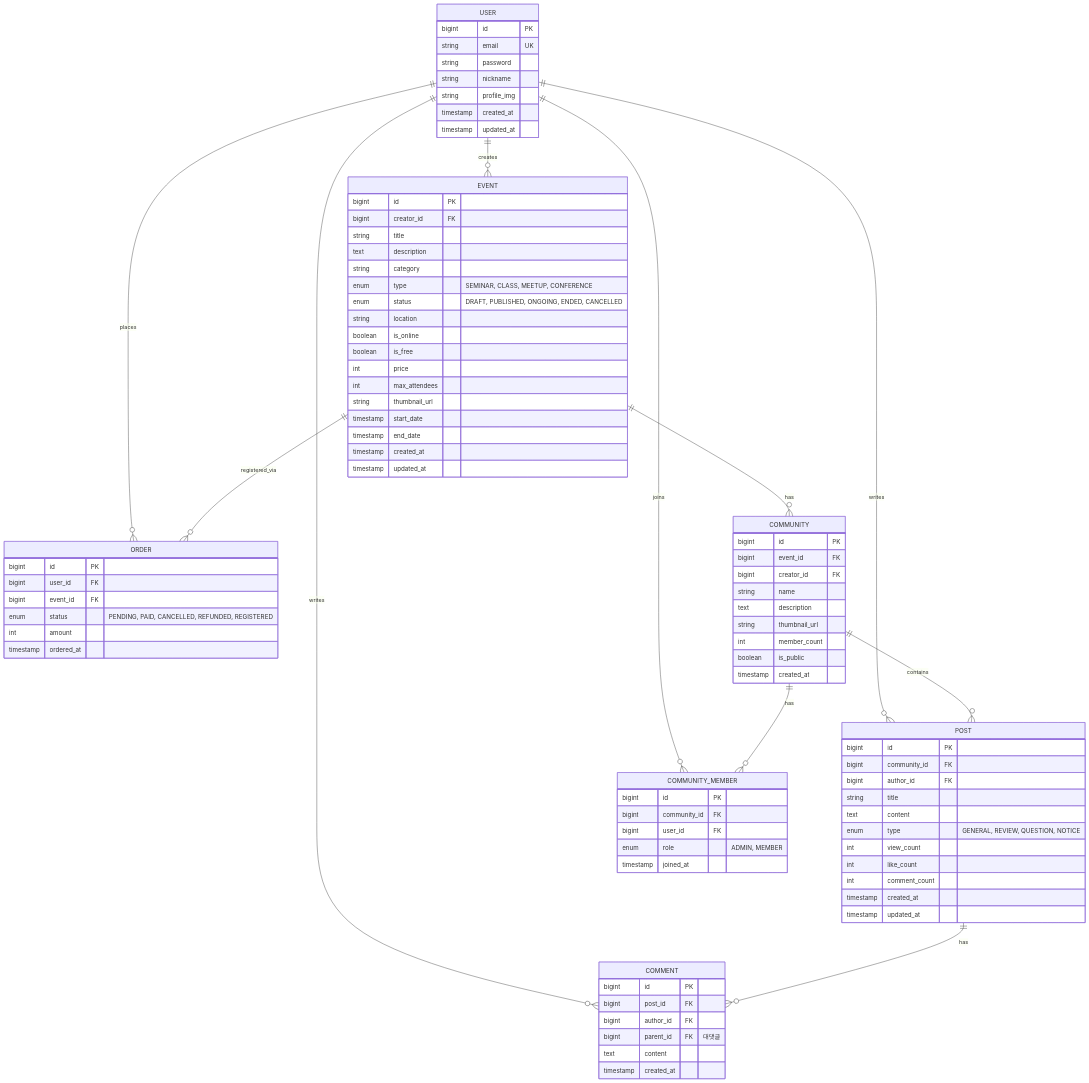
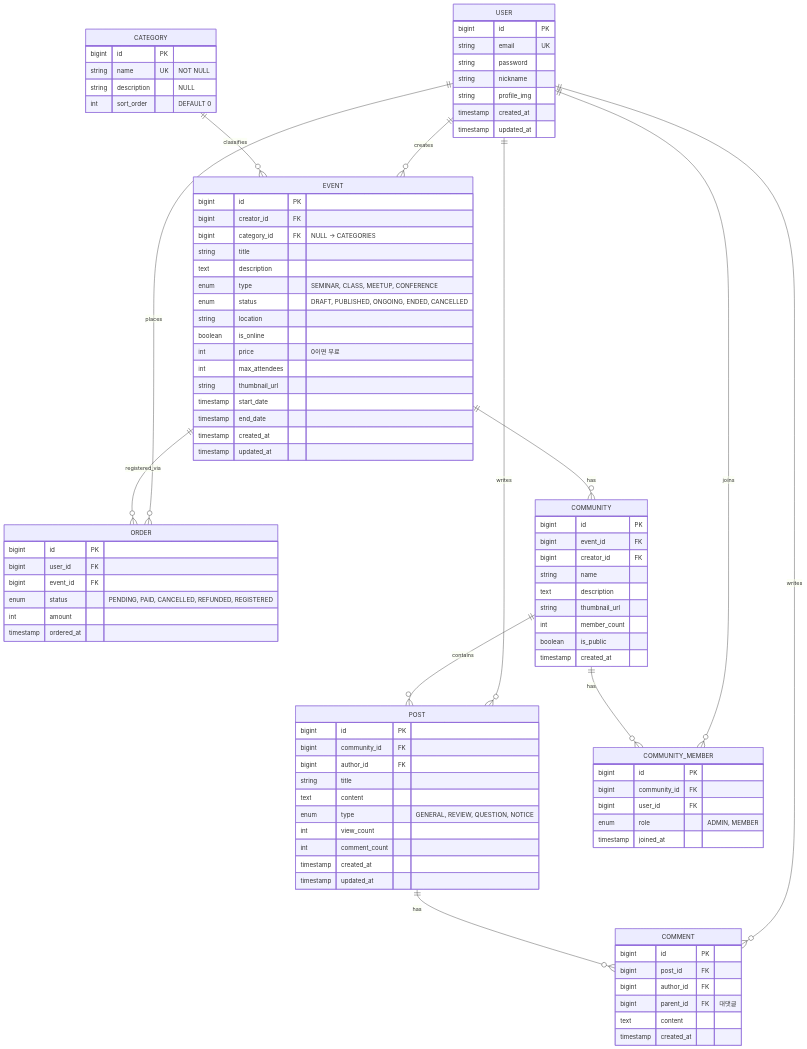
One commit to newlecture-ibm2/team3-jangane-venueon changed the third of 7 diagrams in doc/MVP_아키텍처_v3.md. Above: the diagram before and after it, drawn with Mermaid. The commit also changed other lines of this file, not shown here.

```diff
--- a/doc/MVP_아키텍처_v3.md
+++ b/doc/MVP_아키텍처_v3.md
@@ -151,6 +151,7 @@
     USER ||--o{ COMMENT : "writes"
     USER ||--o{ COMMUNITY_MEMBER : "joins"
 
+    CATEGORY ||--o{ EVENT : "classifies"
     EVENT ||--o{ ORDER : "registered_via"
     EVENT ||--o{ COMMUNITY : "has"
 
@@ -168,18 +169,24 @@
         timestamp updated_at
     }
 
+    CATEGORY {
+        bigint id PK
+        string name UK "NOT NULL"
+        string description "NULL"
+        int sort_order "DEFAULT 0"
+    }
+
     EVENT {
         bigint id PK
         bigint creator_id FK
+        bigint category_id FK "NULL → CATEGORIES"
         string title
         text description
-        string category
         enum type "SEMINAR, CLASS, MEETUP, CONFERENCE"
         enum status "DRAFT, PUBLISHED, ONGOING, ENDED, CANCELLED"
         string location
         boolean is_online
-        boolean is_free
-        int price
+        int price "0이면 무료"
         int max_attendees
         string thumbnail_url
         timestamp start_date
@@ -225,7 +232,6 @@
         text content
         enum type "GENERAL, REVIEW, QUESTION, NOTICE"
         int view_count
-        int like_count
         int comment_count
         timestamp created_at
         timestamp updated_at
```
